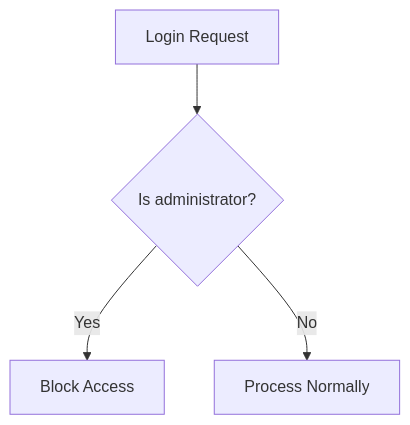
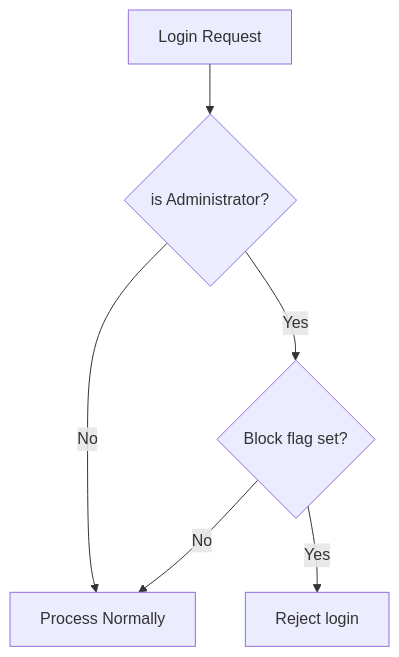
One commit to iamimmanuelraj/block_administrator changed the diagram in README.md. Above: the diagram before and after it, drawn with Mermaid. The commit also changed other lines of this file, not shown here.

Commit message:
docs: rewrite v15 README - accurate legacy architecture, real install URL

````diff
--- a/README.md
+++ b/README.md
@@ -46,6 +52,8 @@
 ```mermaid
 graph TD
-    A[Login Request] --> B{Is administrator?}
-    B -->|Yes| C[Block Access]
+    A[Login Request] --> B{is Administrator?}
     B -->|No| D[Process Normally]
+    B -->|Yes| E{Block flag set?}
+    E -->|No| D
+    E -->|Yes| F[Reject login]
 ```
````
